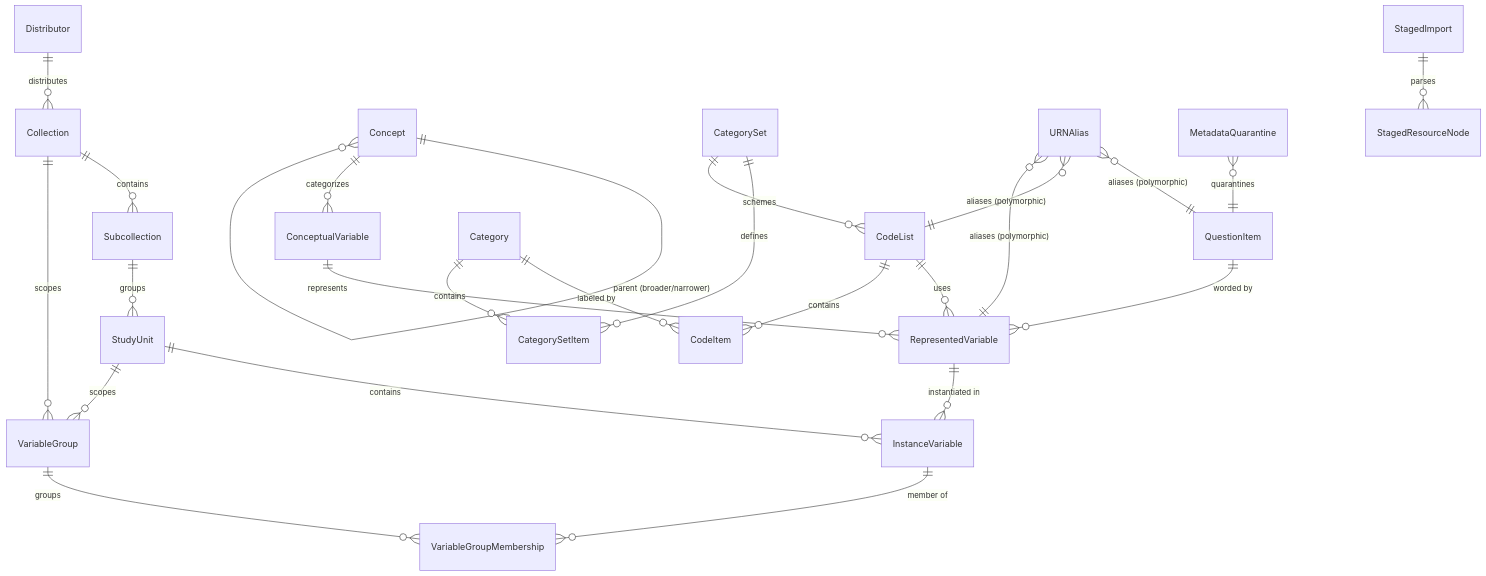
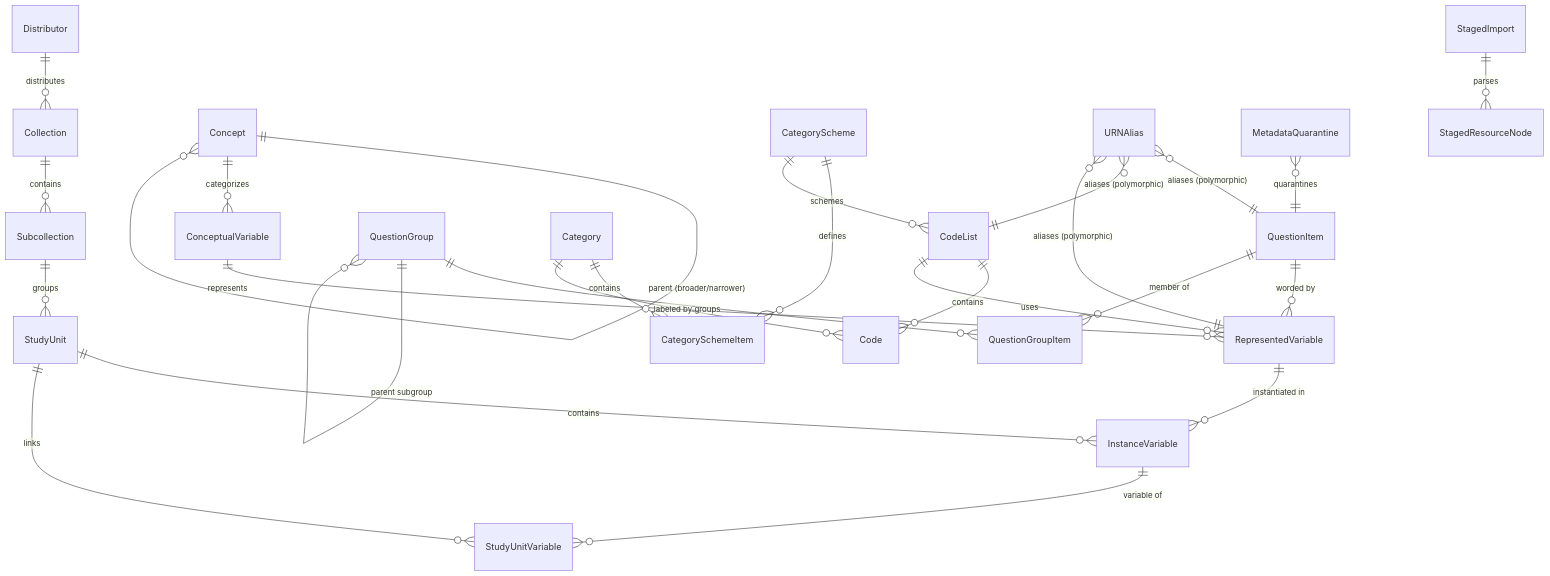
One commit to PlgaH/fairwddi-wp3-3 changed the diagram in deliverables/research/database.md. Above: the diagram before and after it, drawn with Mermaid. The commit also changed other lines of this file and 19 other files, not shown here.

Commit message:
refactor: remove grouping models and derive URN properties dynamically in schemas

````diff
--- a/deliverables/research/database.md
+++ b/deliverables/research/database.md
@@ -11,38 +11,37 @@
 ```mermaid
 erDiagram
     %% ── Organizational hierarchy ──
     Distributor ||--o{ Collection : distributes
     Collection ||--o{ Subcollection : contains
     Subcollection ||--o{ StudyUnit : groups
 
     %% ── Concept layer ──
     Concept ||--o{ Concept : "parent (broader/narrower)"
     Concept ||--o{ ConceptualVariable : categorizes
     ConceptualVariable ||--o{ RepresentedVariable : represents
 
     %% ── Representation layer ──
     QuestionItem ||--o{ RepresentedVariable : "worded by"
+    QuestionGroup ||--o{ QuestionGroupItem : groups
+    QuestionItem ||--o{ QuestionGroupItem : "member of"
+    QuestionGroup ||--o{ QuestionGroup : "parent subgroup"
+    CategoryScheme ||--o{ CategorySchemeItem : defines
+    Category ||--o{ CategorySchemeItem : contains
+    CategoryScheme ||--o{ CodeList : schemes
+    CodeList ||--o{ Code : contains
+    Category ||--o{ Code : "labeled by"
     CodeList ||--o{ RepresentedVariable : uses
-    CodeList ||--o{ CodeItem : contains
-    Category ||--o{ CodeItem : "labeled by"
-    CategorySet ||--o{ CategorySetItem : defines
-    Category ||--o{ CategorySetItem : contains
-    CategorySet ||--o{ CodeList : schemes
 
     %% ── Dataset layer ──
     StudyUnit ||--o{ InstanceVariable : contains
     RepresentedVariable ||--o{ InstanceVariable : "instantiated in"
-
-    %% ── Organization layer ──
-    VariableGroup ||--o{ VariableGroupMembership : groups
-    InstanceVariable ||--o{ VariableGroupMembership : "member of"
-    StudyUnit ||--o{ VariableGroup : scopes
-    Collection ||--o{ VariableGroup : scopes
+    StudyUnit ||--o{ StudyUnitVariable : links
+    InstanceVariable ||--o{ StudyUnitVariable : "variable of"
 
     %% ── Normalization & Harmonization infrastructure ──
     URNAlias }o--|| QuestionItem : "aliases (polymorphic)"
     URNAlias }o--|| CodeList : "aliases (polymorphic)"
     URNAlias }o--|| RepresentedVariable : "aliases (polymorphic)"
     MetadataQuarantine }o--|| QuestionItem : "quarantines"
     StagedImport ||--o{ StagedResourceNode : parses
 ```
````
